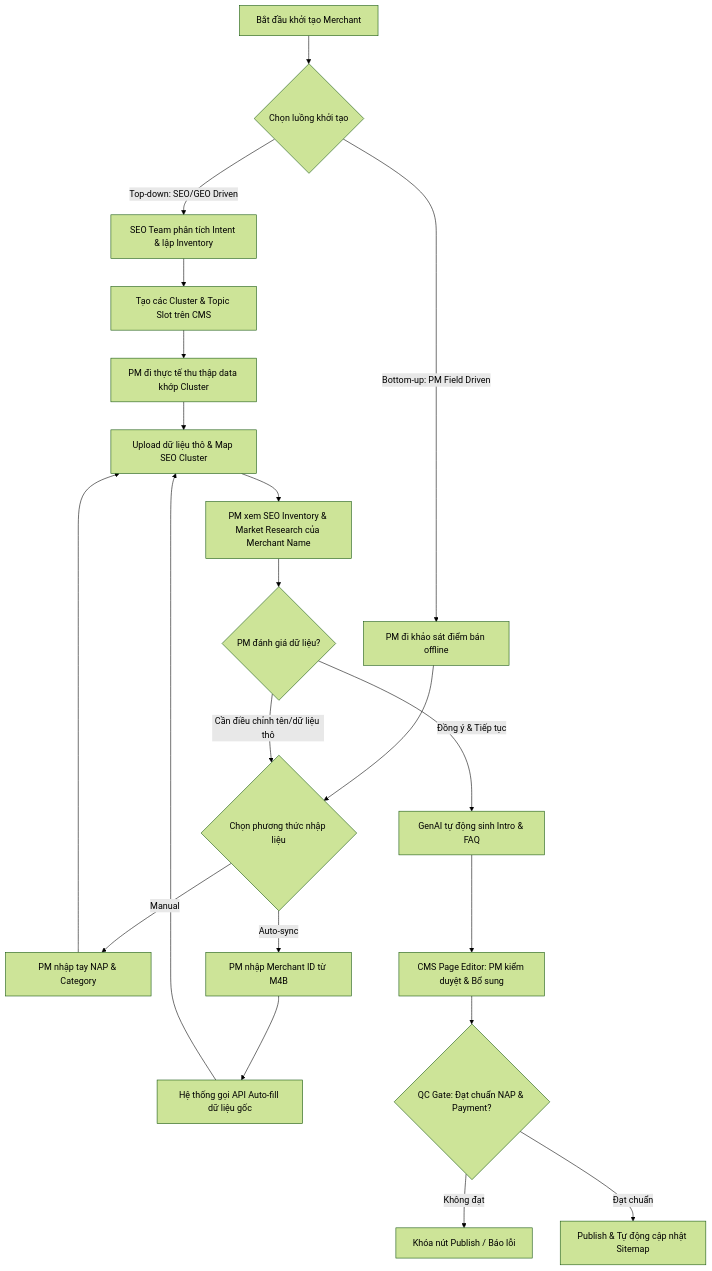
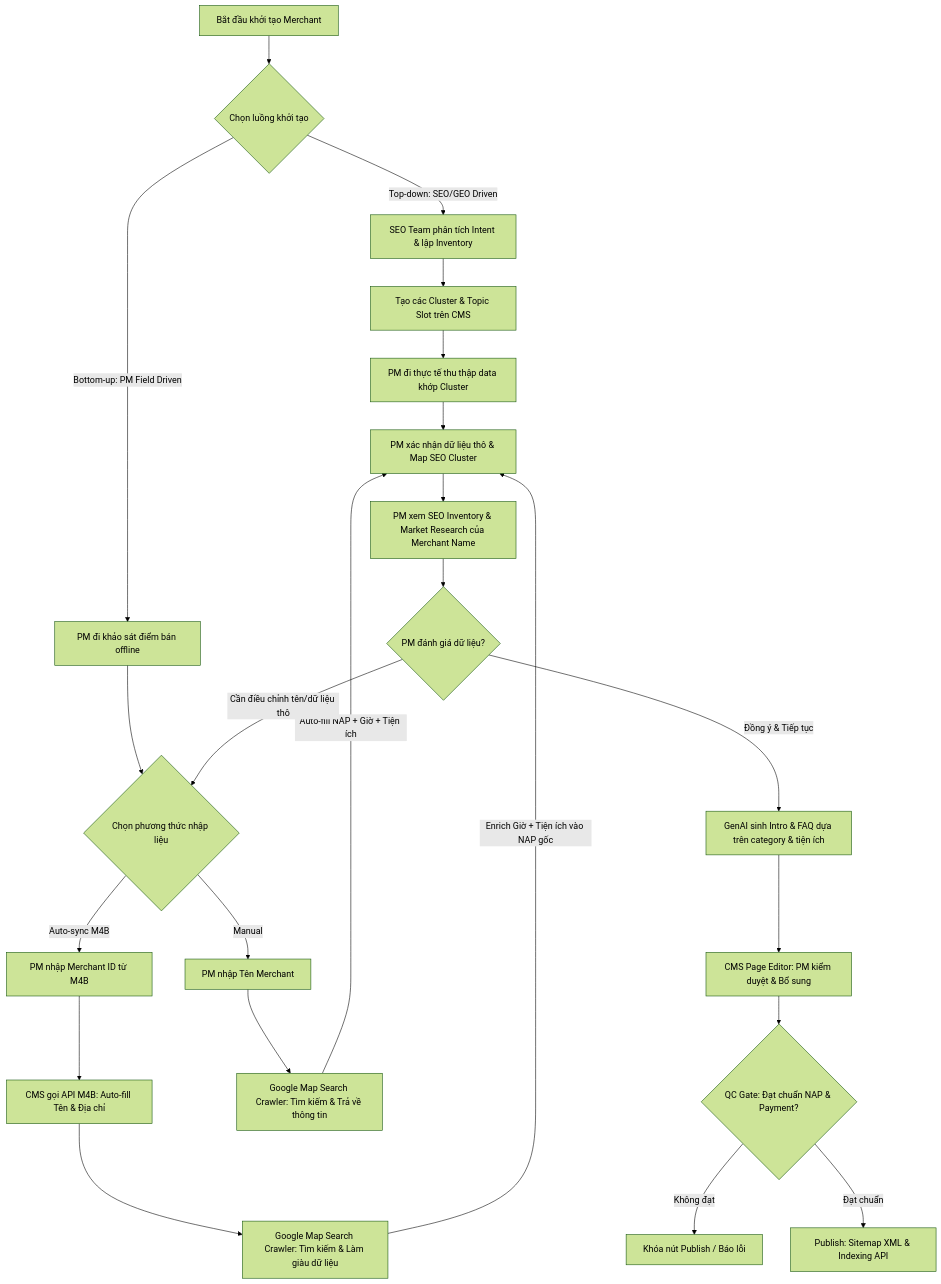
One commit to vanhien26/hienho-knowledgebase changed the first of 2 diagrams in 08_PRD/doi-tac-prd.md. Above: the diagram before and after it, drawn with Mermaid (forest theme). The commit also changed other lines of this file and 67 other files, not shown here.

Commit message:
feat: update Merchant and Widget specifications with deep-dive JTBD, Google Maps crawler, and dynamic schemas

````diff
--- a/08_PRD/doi-tac-prd.md
+++ b/08_PRD/doi-tac-prd.md
@@ -266,26 +266,29 @@
 ```mermaid
 graph TD
     A[Bắt đầu khởi tạo Merchant] --> B{Chọn luồng khởi tạo}
     B -->|Top-down: SEO/GEO Driven| C[SEO Team phân tích Intent & lập Inventory]
     C --> D[Tạo các Cluster & Topic Slot trên CMS]
     D --> E[PM đi thực tế thu thập data khớp Cluster]
     
     B -->|Bottom-up: PM Field Driven| F[PM đi khảo sát điểm bán offline]
     F --> G{Chọn phương thức nhập liệu}
-    G -->|Manual| H[PM nhập tay NAP & Category]
-    G -->|Auto-sync| I[PM nhập Merchant ID từ M4B]
-    I --> J[Hệ thống gọi API Auto-fill dữ liệu gốc]
+    G -->|Manual| H[PM nhập Tên Merchant]
+    G -->|Auto-sync M4B| I[PM nhập Merchant ID từ M4B]
+    I --> J[CMS gọi API M4B: Auto-fill Tên & Địa chỉ]
     
-    E --> K[Upload dữ liệu thô & Map SEO Cluster]
-    H --> K
-    J --> K
+    H --> CRAWL_MANUAL[Google Map Search Crawler: Tìm kiếm & Trả về thông tin]
+    J --> CRAWL_SYNC[Google Map Search Crawler: Tìm kiếm & Làm giàu dữ liệu]
+    
+    CRAWL_MANUAL -->|Auto-fill NAP + Giờ + Tiện ích| K[PM xác nhận dữ liệu thô & Map SEO Cluster]
+    CRAWL_SYNC -->|Enrich Giờ + Tiện ích vào NAP gốc| K
+    E --> K
     
     K --> PREVIEW[PM xem SEO Inventory & Market Research của Merchant Name]
     PREVIEW --> DECIDE{PM đánh giá dữ liệu?}
     DECIDE -->|Cần điều chỉnh tên/dữ liệu thô| G
-    DECIDE -->|Đồng ý & Tiếp tục| L[GenAI tự động sinh Intro & FAQ]
+    DECIDE -->|Đồng ý & Tiếp tục| L[GenAI sinh Intro & FAQ dựa trên category & tiện ích]
     L --> M[CMS Page Editor: PM kiểm duyệt & Bổ sung]
     M --> N{QC Gate: Đạt chuẩn NAP & Payment?}
     N -->|Không đạt| O[Khóa nút Publish / Báo lỗi]
-    N -->|Đạt chuẩn| P[Publish & Tự động cập nhật Sitemap]
+    N -->|Đạt chuẩn| P[Publish: Sitemap XML & Indexing API]
 ```
````
